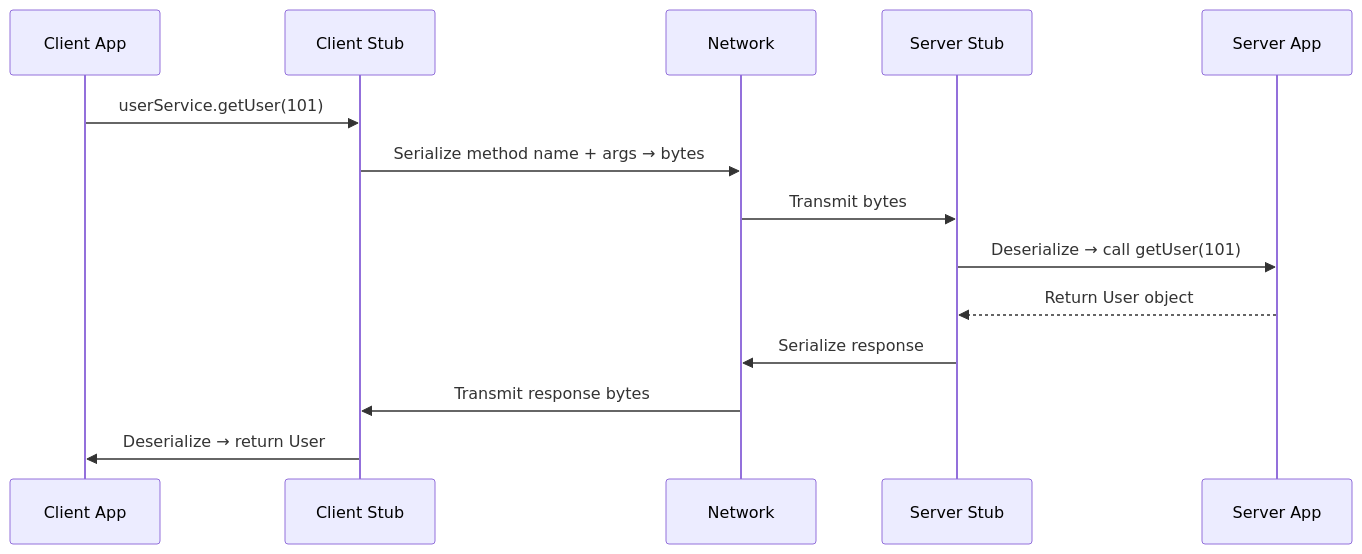
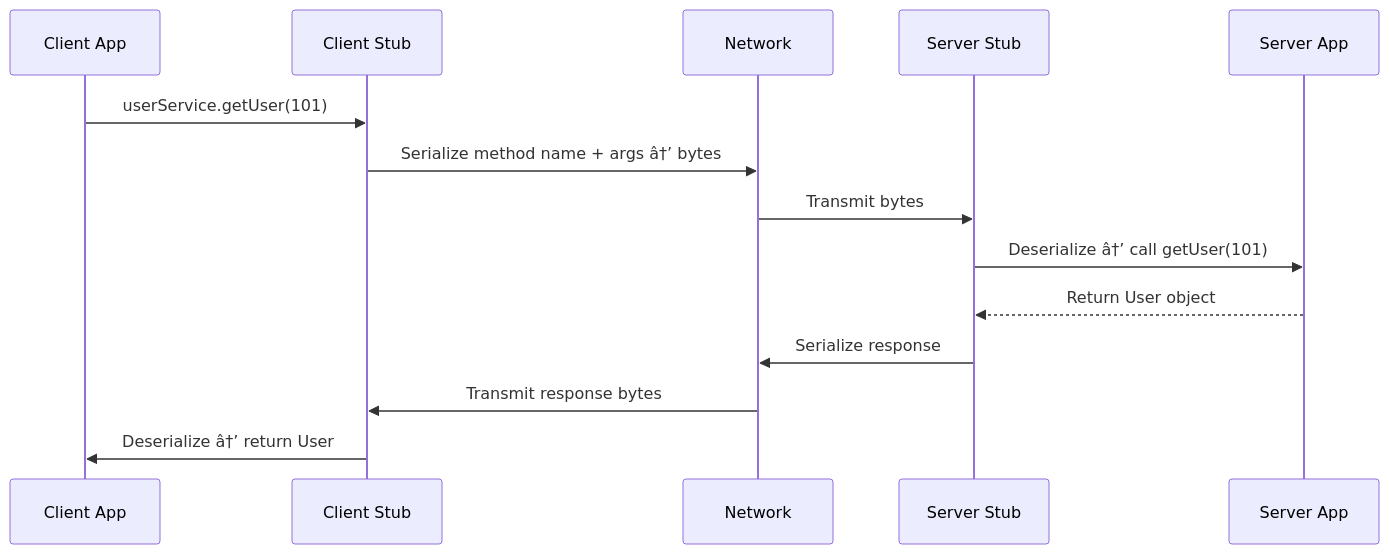
One commit to Patel-Neel-346/Notes changed the fourth of 9 diagrams in Backend-engineering/2-Communication-patterns/2.Request-respone.md. Above: the diagram before and after it, drawn with Mermaid. The commit also changed other lines of this file and 4 other files, not shown here.

````diff
--- a/Backend-engineering/2-Communication-patterns/2.Request-respone.md
+++ b/Backend-engineering/2-Communication-patterns/2.Request-respone.md
@@ -218,17 +229,17 @@
 ```mermaid
 sequenceDiagram
     participant CA as Client App
     participant CS as Client Stub
     participant N as Network
     participant SS as Server Stub
     participant SA as Server App
 
     CA->>CS: userService.getUser(101)
-    CS->>N: Serialize method name + args → bytes
+    CS->>N: Serialize method name + args â†’ bytes
     N->>SS: Transmit bytes
-    SS->>SA: Deserialize → call getUser(101)
+    SS->>SA: Deserialize â†’ call getUser(101)
     SA-->>SS: Return User object
     SS->>N: Serialize response
     N->>CS: Transmit response bytes
-    CS->>CA: Deserialize → return User
+    CS->>CA: Deserialize â†’ return User
 ```
````
